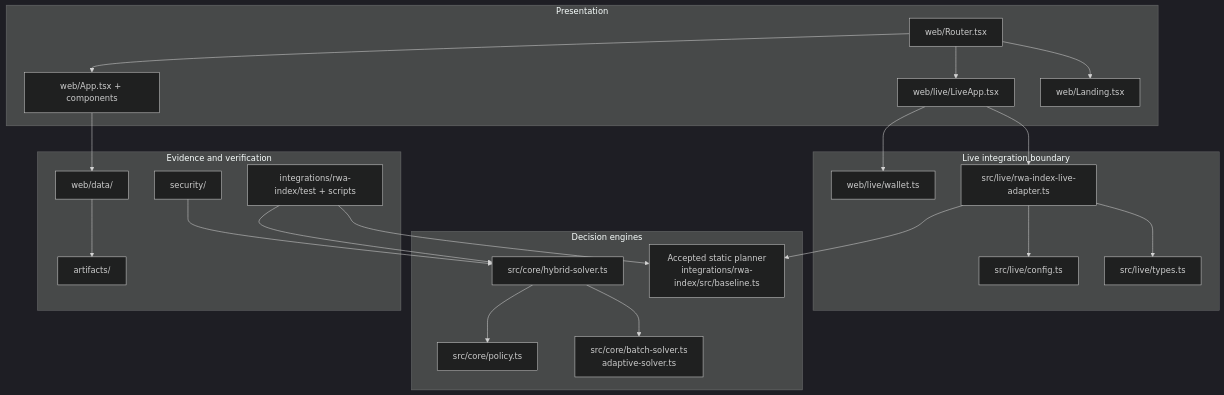
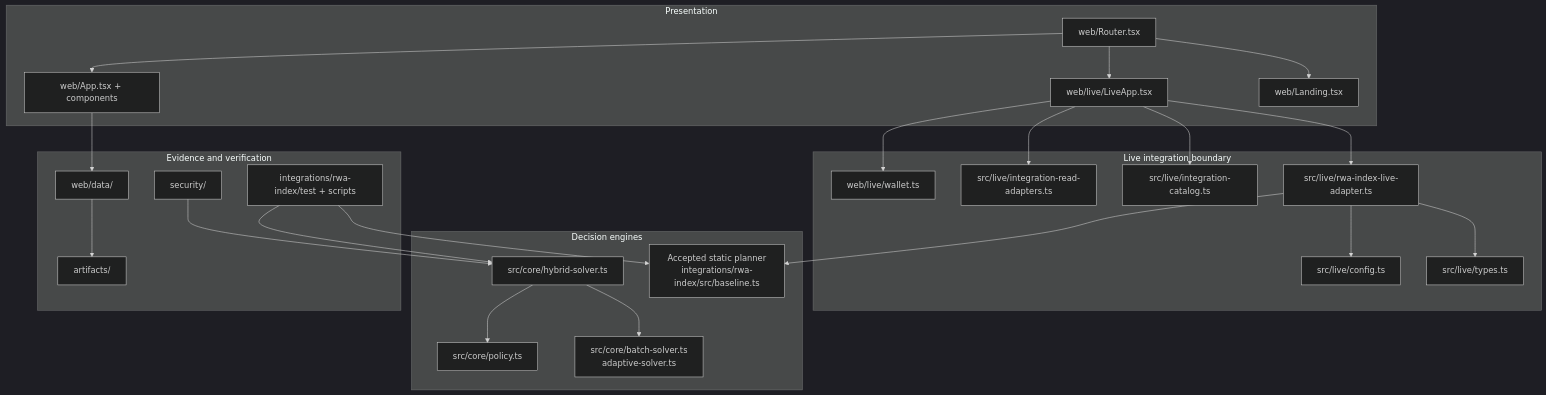
One commit to karagozemin/setpoint changed the second of 4 diagrams in docs/ARCHITECTURE.md. Above: the diagram before and after it, drawn with Mermaid (dark theme). The commit also changed other lines of this file and 13 other files, not shown here.

Commit message:
feat: add integration smoke test command and enhance README with live integration details

````diff
--- a/docs/ARCHITECTURE.md
+++ b/docs/ARCHITECTURE.md
@@ -82,45 +92,49 @@
 ```mermaid
 flowchart TB
     subgraph Presentation
         Router[web/Router.tsx]
         Landing[web/Landing.tsx]
         LiveUI[web/live/LiveApp.tsx]
         EvidenceUI[web/App.tsx + components]
     end
 
     subgraph LiveBoundary[Live integration boundary]
+        Catalog[src/live/integration-catalog.ts]
+        ReadAdapters[src/live/integration-read-adapters.ts]
         LiveAdapter[src/live/rwa-index-live-adapter.ts]
         LiveTypes[src/live/types.ts]
         LiveConfig[src/live/config.ts]
         Wallet[web/live/wallet.ts]
     end
 
     subgraph Decision[Decision engines]
         Static[Accepted static planner<br/>integrations/rwa-index/src/baseline.ts]
         Hybrid[src/core/hybrid-solver.ts]
         Adaptive[src/core/batch-solver.ts<br/>adaptive-solver.ts]
         Policy[src/core/policy.ts]
     end
 
     subgraph Proof[Evidence and verification]
         DataAdapters[web/data/]
         Artifacts[artifacts/]
         Security[security/]
         Harness[integrations/rwa-index/test + scripts]
     end
 
     Router --> Landing
     Router --> LiveUI
     Router --> EvidenceUI
     LiveUI --> LiveAdapter
+    LiveUI --> Catalog
+    LiveUI --> ReadAdapters
     LiveUI --> Wallet
     LiveAdapter --> LiveTypes
     LiveAdapter --> LiveConfig
     LiveAdapter --> Static
     Hybrid --> Adaptive
     Hybrid --> Policy
     EvidenceUI --> DataAdapters --> Artifacts
     Security --> Hybrid
     Harness --> Static
     Harness --> Hybrid
 ```
````
